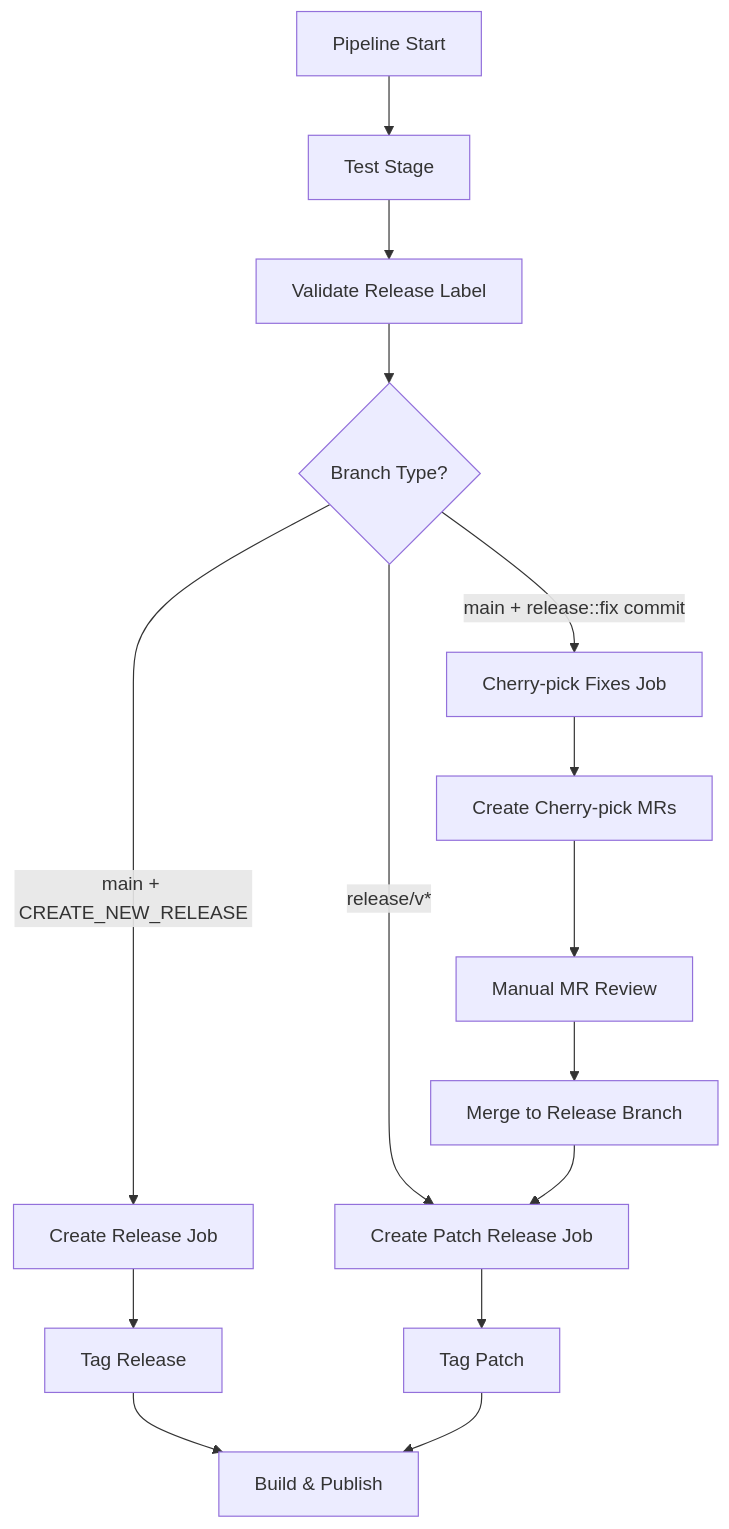
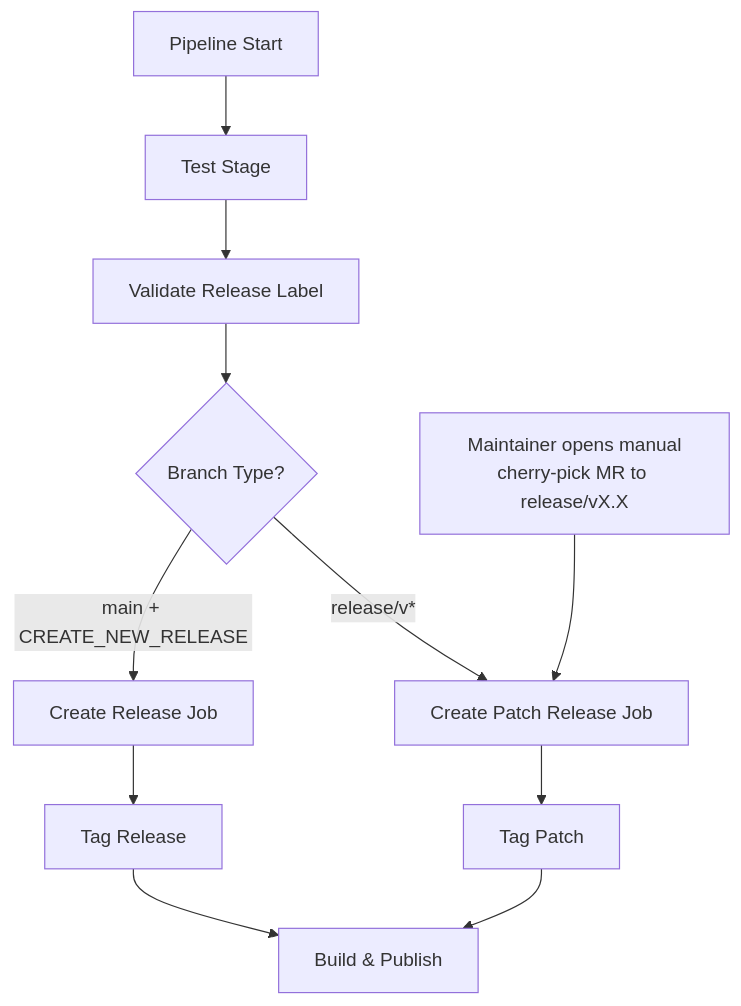
Before and after one commit to aria-ml/dataeval: the seventh of 7 diagrams in BRANCHING.md, drawn with Mermaid. The commit also changed other lines of this file, not shown here.

````diff
--- a/BRANCHING.md
+++ b/BRANCHING.md
@@ -288,17 +296,13 @@
 ```mermaid
 graph TD
     A[Pipeline Start] --> B[Test Stage]
     B --> C[Validate Release Label]
     C --> D{Branch Type?}
     D -->|main + CREATE_NEW_RELEASE| E[Create Release Job]
     D -->|release/v*| F[Create Patch Release Job]
-    D -->|main + release::fix commit| G[Cherry-pick Fixes Job]
     E --> H[Tag Release]
     F --> I[Tag Patch]
-    G --> J[Create Cherry-pick MRs]
     H --> K[Build & Publish]
     I --> K
-    J --> L[Manual MR Review]
-    L --> M[Merge to Release Branch]
-    M --> F
+    M[Maintainer opens manual<br/>cherry-pick MR to release/vX.X] --> F
 ```
````
